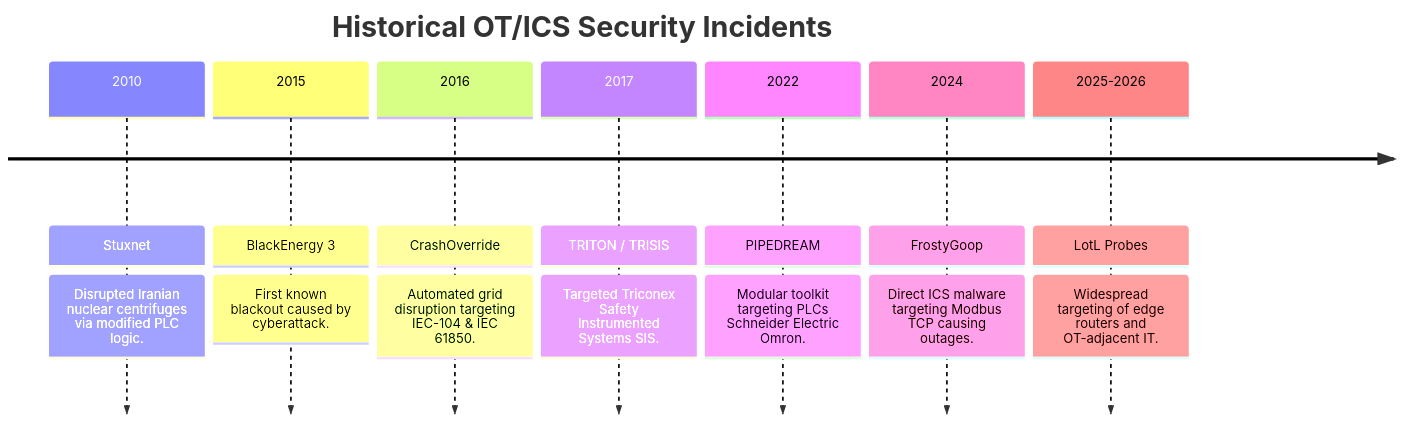
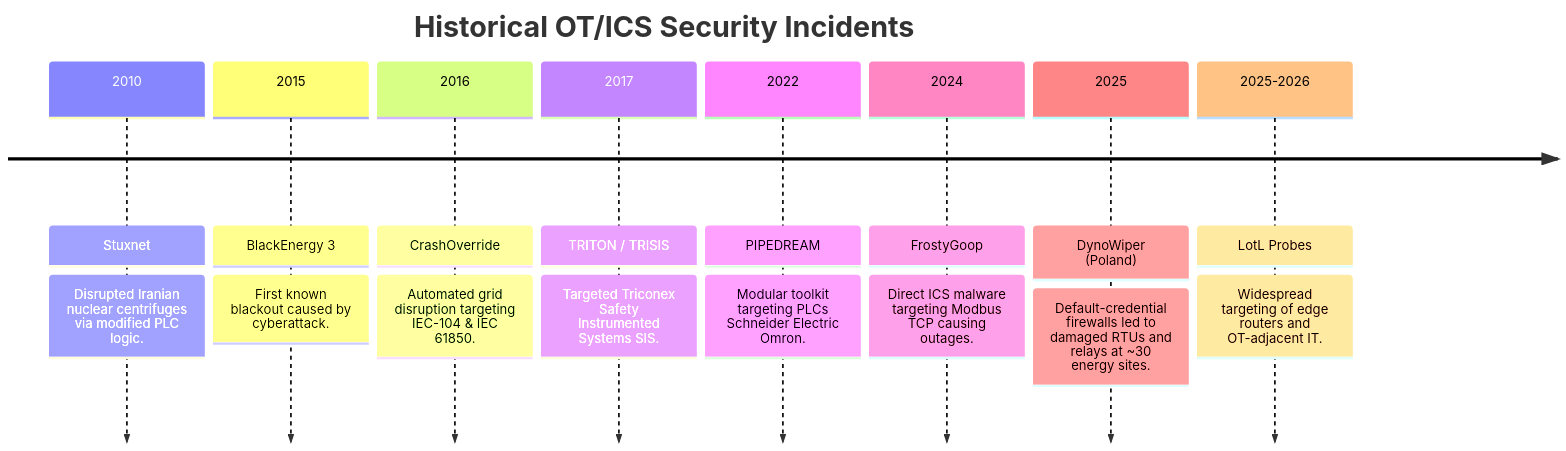
Before and after one commit to rectifyq/site: the second of 3 diagrams in content/ics-ot/ics-threat-landscape.md, drawn with Mermaid. The commit also changed other lines of this file and 12 other files, not shown here.

````diff
--- a/content/ics-ot/ics-threat-landscape.md
+++ b/content/ics-ot/ics-threat-landscape.md
@@ -74,11 +74,12 @@
 ```mermaid
 timeline
     title Historical OT/ICS Security Incidents
     2010 : Stuxnet : Disrupted Iranian nuclear centrifuges via modified PLC logic.
     2015 : BlackEnergy 3 : First known blackout caused by cyberattack.
     2016 : CrashOverride : Automated grid disruption targeting IEC-104 & IEC 61850.
     2017 : TRITON / TRISIS : Targeted Triconex Safety Instrumented Systems SIS.
     2022 : PIPEDREAM : Modular toolkit targeting PLCs Schneider Electric Omron.
     2024 : FrostyGoop : Direct ICS malware targeting Modbus TCP causing outages.
+    2025 : DynoWiper (Poland) : Default-credential firewalls led to damaged RTUs and relays at ~30 energy sites.
     2025-2026 : LotL Probes : Widespread targeting of edge routers and OT-adjacent IT.
 ```
````
